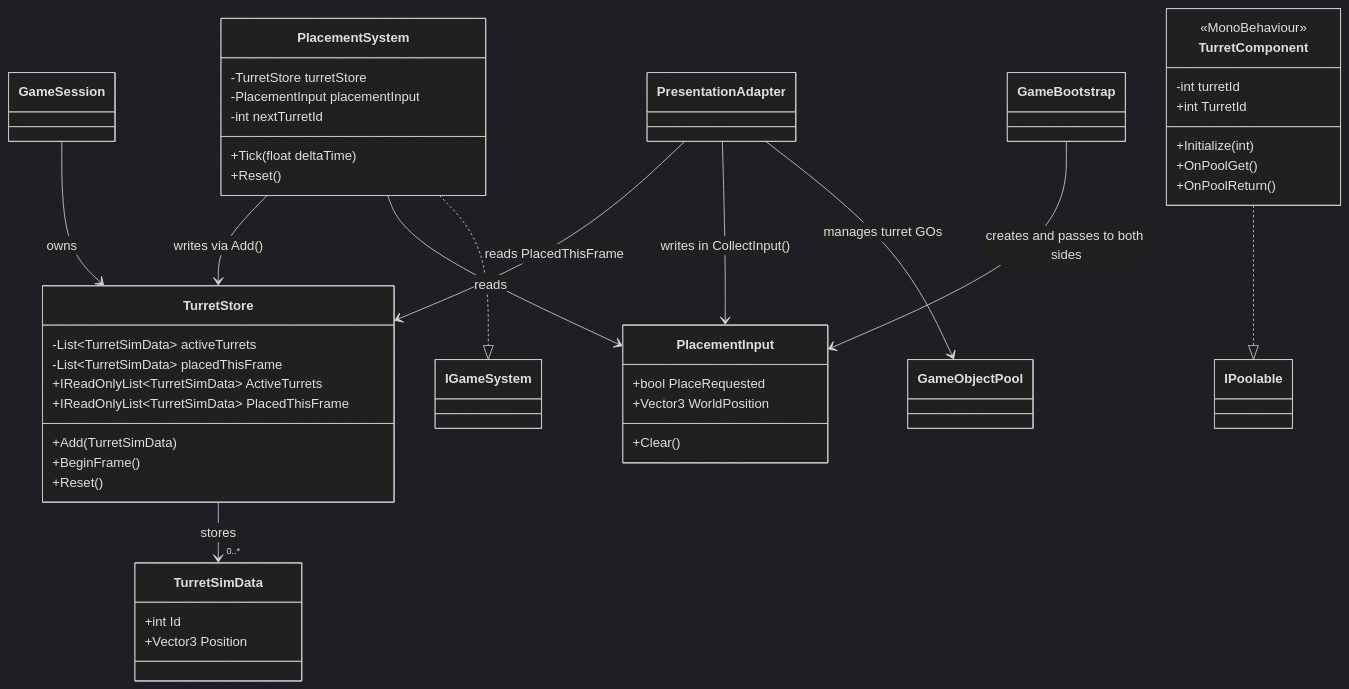
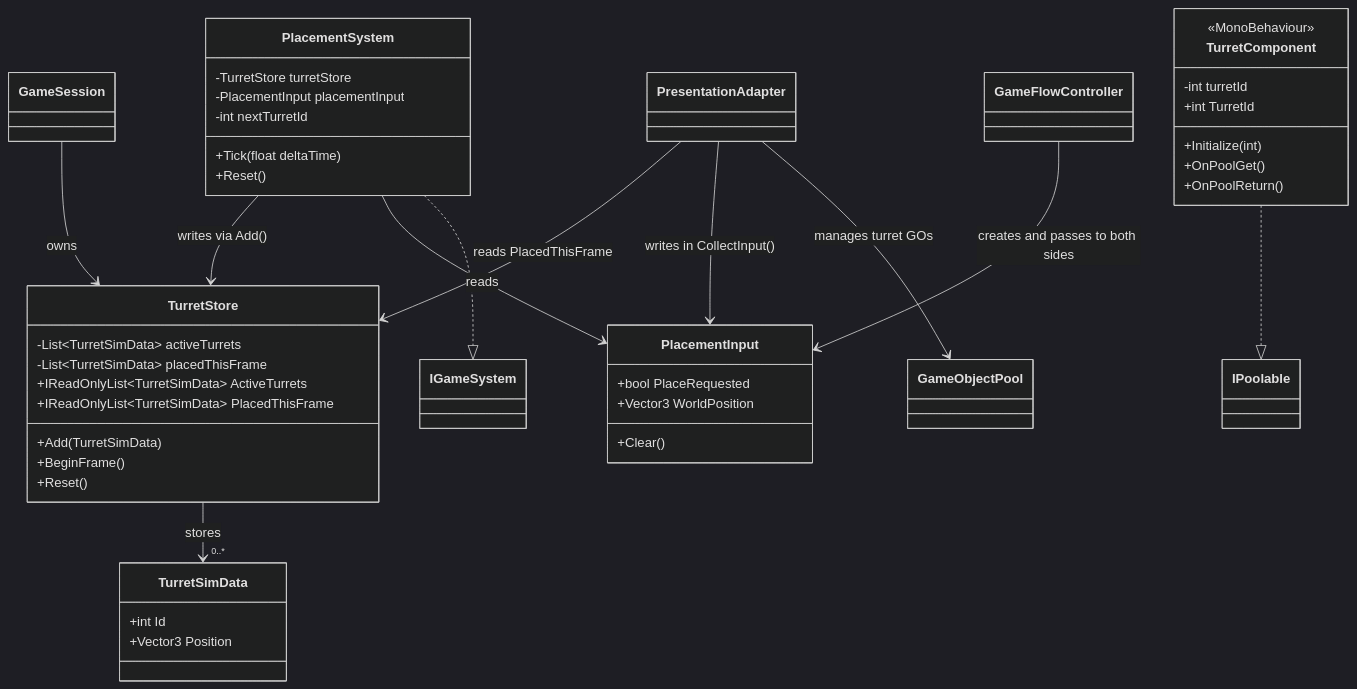
Before and after one commit to Number10Ox/MorlocsTowerDefense: the tenth of 13 diagrams in Docs/Architecture-Diagrams.md, drawn with Mermaid (dark theme). The commit also changed other lines of this file and 140 other files, not shown here.

First line of the commit message:
Refactor: extract GameUiCoordinator, rename to GameFlowController, restructure folders

````diff
--- a/Docs/Architecture-Diagrams.md
+++ b/Docs/Architecture-Diagrams.md
@@ -692,51 +704,51 @@
 ```mermaid
 classDiagram
     class TurretStore {
         -List~TurretSimData~ activeTurrets
         -List~TurretSimData~ placedThisFrame
         +IReadOnlyList~TurretSimData~ ActiveTurrets
         +IReadOnlyList~TurretSimData~ PlacedThisFrame
         +Add(TurretSimData)
         +BeginFrame()
         +Reset()
     }
 
     class TurretSimData {
         +int Id
         +Vector3 Position
     }
 
     class PlacementInput {
         +bool PlaceRequested
         +Vector3 WorldPosition
         +Clear()
     }
 
     class PlacementSystem {
         -TurretStore turretStore
         -PlacementInput placementInput
         -int nextTurretId
         +Tick(float deltaTime)
         +Reset()
     }
 
     class TurretComponent {
         <<MonoBehaviour>>
         -int turretId
         +int TurretId
         +Initialize(int)
         +OnPoolGet()
         +OnPoolReturn()
     }
 
     GameSession --> TurretStore : owns
     TurretStore --> "0..*" TurretSimData : stores
     PlacementSystem --> TurretStore : writes via Add()
     PlacementSystem --> PlacementInput : reads
     PlacementSystem ..|> IGameSystem
     TurretComponent ..|> IPoolable
     PresentationAdapter --> TurretStore : reads PlacedThisFrame
     PresentationAdapter --> PlacementInput : writes in CollectInput()
     PresentationAdapter --> GameObjectPool : manages turret GOs
-    GameBootstrap --> PlacementInput : creates and passes to both sides
+    GameFlowController --> PlacementInput : creates and passes to both sides
 ```
````
